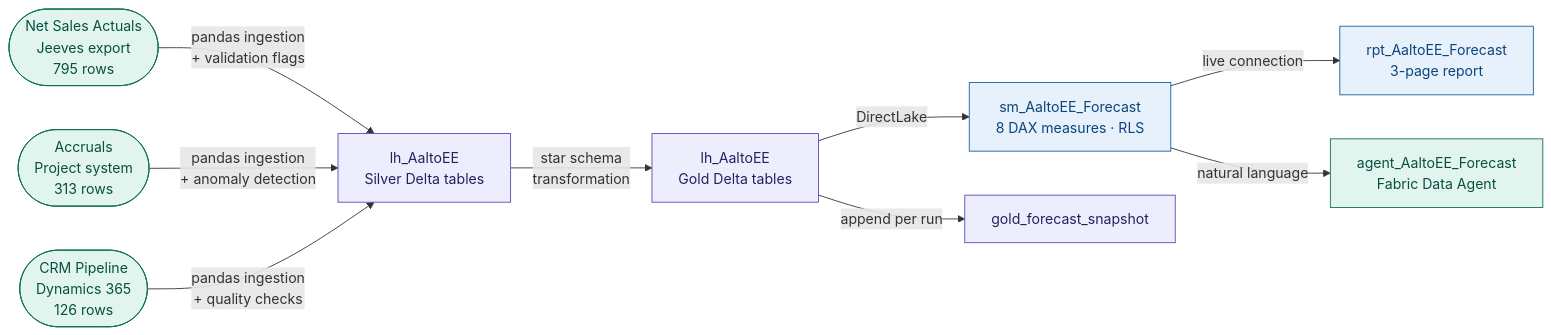
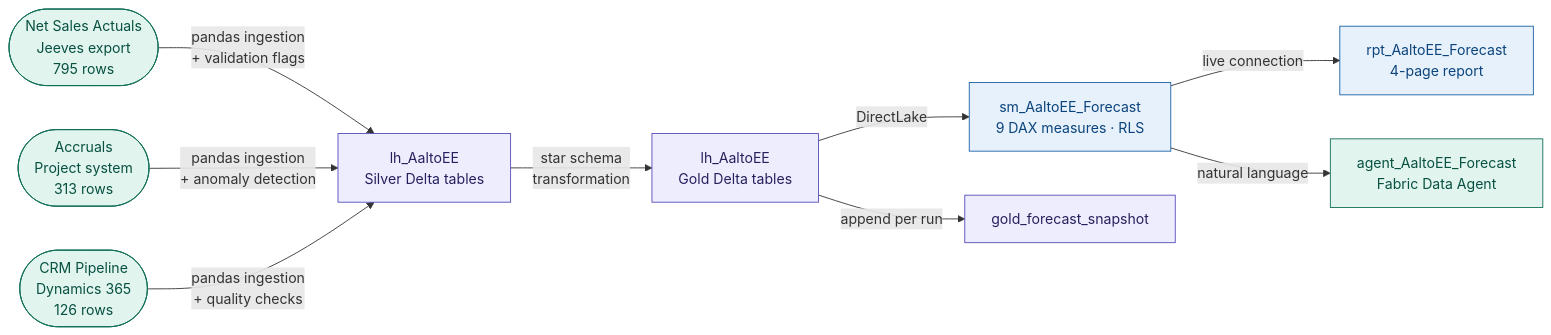
One commit to alisaghilutfi/Fabric-Analytics-Projects changed the diagram in ws_AaltoEE_Forecast/README.md. Above: the diagram before and after it, drawn with Mermaid. The commit also changed other lines of this file and 2 other files, not shown here.

Commit message:
docs(ws_AaltoEE_Forecast): fix stale README; add ws README to harness

````diff
--- a/ws_AaltoEE_Forecast/README.md
+++ b/ws_AaltoEE_Forecast/README.md
@@ -43,24 +43,24 @@
 ```mermaid
 flowchart LR
     A1([Net Sales Actuals\nJeeves export\n795 rows]) -->|pandas ingestion\n+ validation flags| B
     A2([Accruals\nProject system\n313 rows]) -->|pandas ingestion\n+ anomaly detection| B
     A3([CRM Pipeline\nDynamics 365\n126 rows]) -->|pandas ingestion\n+ quality checks| B
 
     B[lh_AaltoEE\nSilver Delta tables] -->|star schema\ntransformation| C
     C[lh_AaltoEE\nGold Delta tables] -->|DirectLake| D
     C -->|append per run| E[gold_forecast_snapshot]
-    D[sm_AaltoEE_Forecast\n8 DAX measures · RLS] -->|live connection| F
+    D[sm_AaltoEE_Forecast\n9 DAX measures · RLS] -->|live connection| F
     D -->|natural language| G
-    F[rpt_AaltoEE_Forecast\n3-page report]
+    F[rpt_AaltoEE_Forecast\n4-page report]
     G[agent_AaltoEE_Forecast\nFabric Data Agent]
 
     style A1 fill:#E1F5EE,stroke:#0F6E56,color:#085041
     style A2 fill:#E1F5EE,stroke:#0F6E56,color:#085041
     style A3 fill:#E1F5EE,stroke:#0F6E56,color:#085041
     style B fill:#EEEDFE,stroke:#534AB7,color:#26215C
     style C fill:#EEEDFE,stroke:#534AB7,color:#26215C
     style E fill:#EEEDFE,stroke:#534AB7,color:#26215C
     style D fill:#E6F1FB,stroke:#185FA5,color:#0C447C
     style F fill:#E6F1FB,stroke:#185FA5,color:#0C447C
     style G fill:#E1F5EE,stroke:#0F6E56,color:#085041
 ```
````
